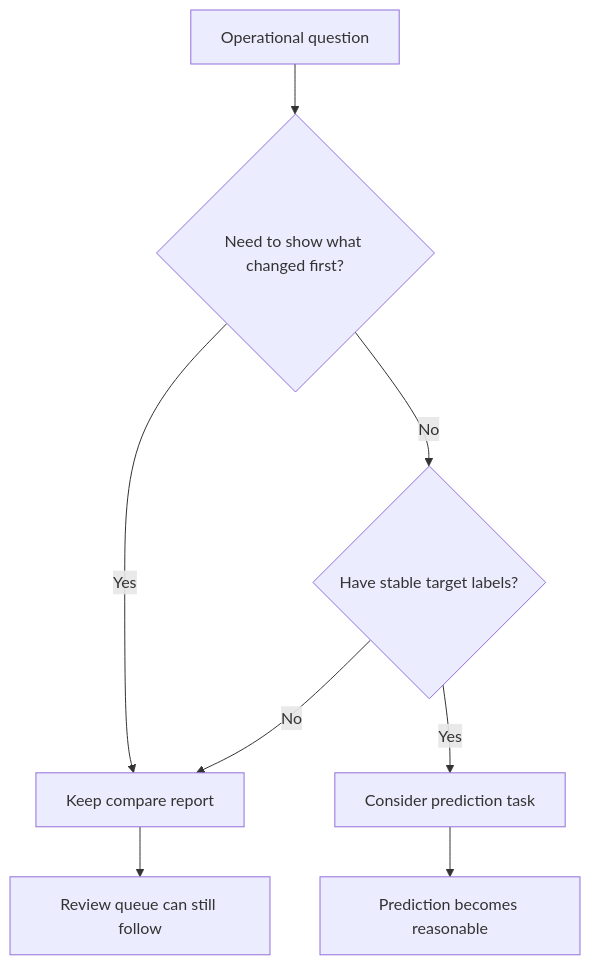
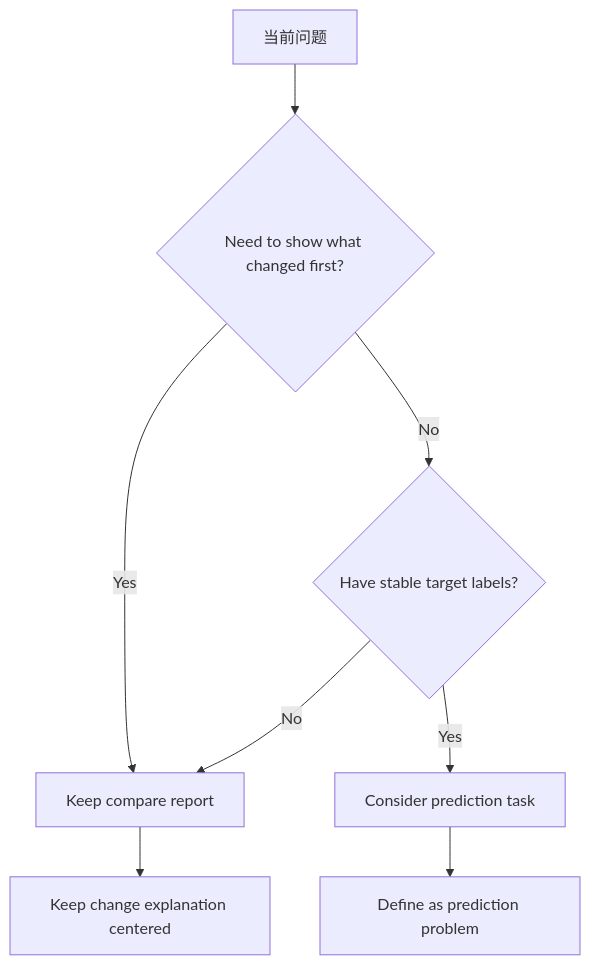
Before and after one commit to devchan64/AiBook: the diagram in docs/zh/parts/part-03/chapter-09/section-02.md, drawn with Mermaid. The commit also changed other lines of this file and 43 other files, not shown here.

````diff
--- a/docs/zh/parts/part-03/chapter-09/section-02.md
+++ b/docs/zh/parts/part-03/chapter-09/section-02.md
@@ -54,12 +54,12 @@
 ```mermaid
 flowchart TD
-    A[Operational question]
+    A[当前问题]
     A --> B{Need to show what changed first?}
     B -->|Yes| C[Keep compare report]
     B -->|No| D{Have stable target labels?}
     D -->|No| C
     D -->|Yes| E[Consider prediction task]
 
-    C --> F[Review queue can still follow]
-    E --> G[Prediction becomes reasonable]
+    C --> F[Keep change explanation centered]
+    E --> G[Define as prediction problem]
 ```
````
